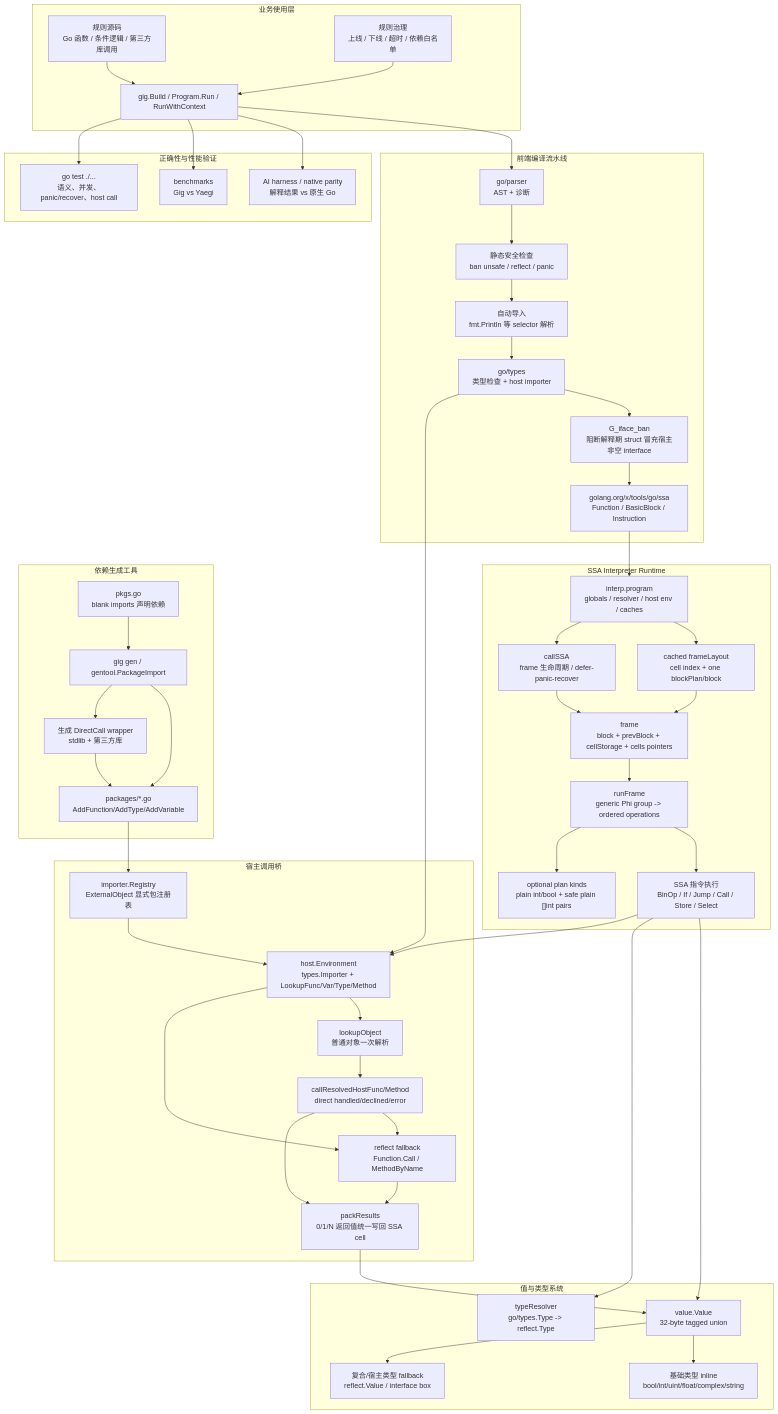
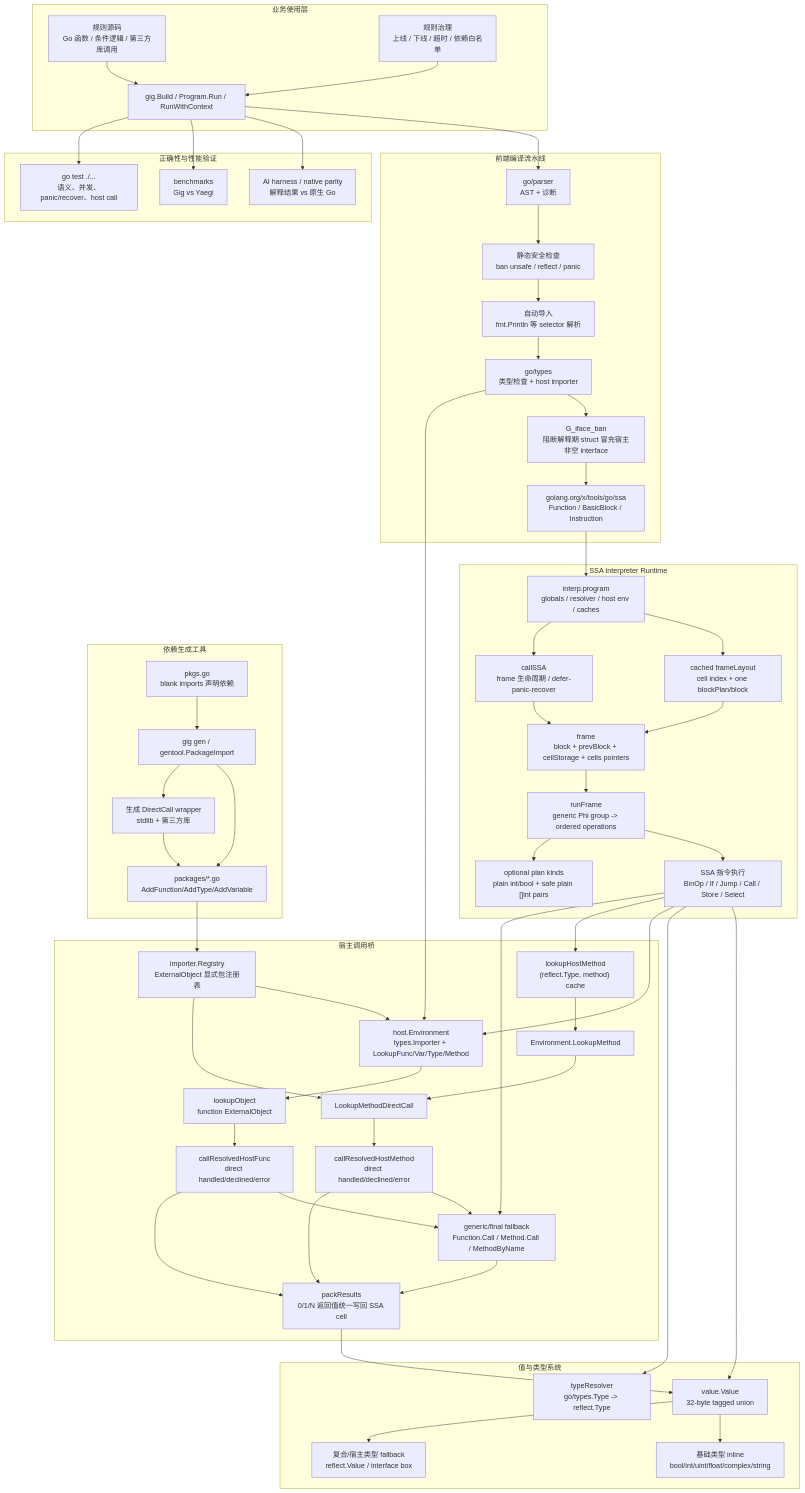
Before and after one commit to t04dJ14n9/GIG: the first of 2 diagrams in docs/GIG_RULE_ENGINE_OVERVIEW_CN.md, drawn with Mermaid. The commit also changed other lines of this file and 2 other files, not shown here.

Commit message:
docs: correct host resolution flow

```diff
--- a/docs/GIG_RULE_ENGINE_OVERVIEW_CN.md
+++ b/docs/GIG_RULE_ENGINE_OVERVIEW_CN.md
@@ -54,9 +54,13 @@
     subgraph HostBridge["宿主调用桥"]
         Env["host.Environment<br/>types.Importer + LookupFunc/Var/Type/Method"]
         Registry["importer.Registry<br/>ExternalObject 显式包注册表"]
-        ObjectLookup["lookupObject<br/>普通对象一次解析"]
-        Resolved["callResolvedHostFunc/Method<br/>direct handled/declined/error"]
-        ReflectCall["reflect fallback<br/>Function.Call / MethodByName"]
+        ObjectLookup["lookupObject<br/>function ExternalObject"]
+        FuncResolved["callResolvedHostFunc<br/>direct handled/declined/error"]
+        MethodCache["lookupHostMethod<br/>(reflect.Type, method) cache"]
+        MethodEnv["Environment.LookupMethod"]
+        MethodDirect["LookupMethodDirectCall"]
+        MethodResolved["callResolvedHostMethod<br/>direct handled/declined/error"]
+        ReflectCall["generic/final fallback<br/>Function.Call / Method.Call / MethodByName"]
         Pack["packResults<br/>0/1/N 返回值统一写回 SSA cell"]
     end
 
@@ -92,10 +96,14 @@
     Registry --> Env
 
     OpsInterp --> Env
-    Env --> ObjectLookup --> Resolved
-    Env --> ReflectCall
-    Resolved --> ReflectCall
-    Resolved --> Pack
+    Env --> ObjectLookup --> FuncResolved
+    OpsInterp --> MethodCache --> MethodEnv --> MethodDirect --> MethodResolved
+    Registry --> MethodDirect
+    OpsInterp --> ReflectCall
+    FuncResolved --> ReflectCall
+    MethodResolved --> ReflectCall
+    FuncResolved --> Pack
+    MethodResolved --> Pack
     ReflectCall --> Pack
     Pack --> Value
 
```
